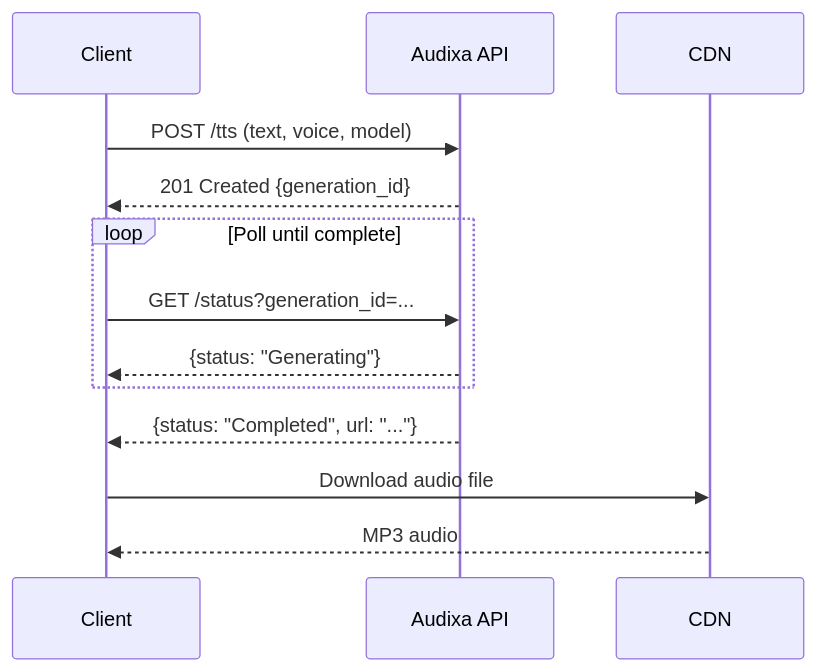
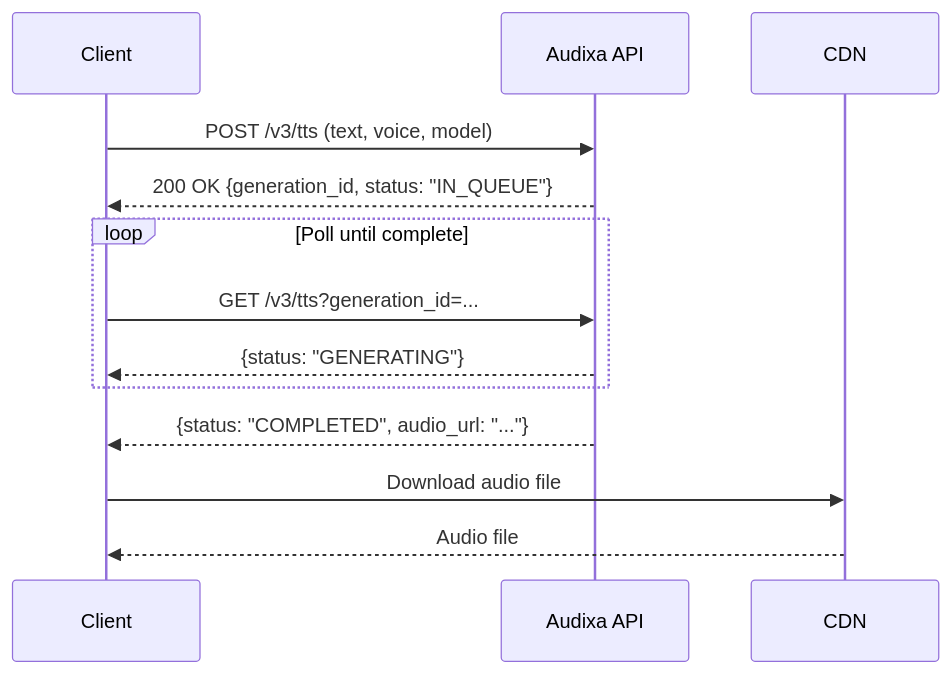
One commit to AudixaAI/Audixa-Docs changed the diagram in api-reference/introduction.mdx. Above: the diagram before and after it, drawn with Mermaid. The commit also changed other lines of this file and 21 other files, not shown here.

````diff
--- a/api-reference/introduction.mdx
+++ b/api-reference/introduction.mdx
@@ -32,18 +45,18 @@
 ```mermaid
 sequenceDiagram
     participant Client
     participant Audixa API
     participant CDN
     
-    Client->>Audixa API: POST /tts (text, voice, model)
-    Audixa API-->>Client: 201 Created {generation_id}
+    Client->>Audixa API: POST /v3/tts (text, voice, model)
+    Audixa API-->>Client: 200 OK {generation_id, status: "IN_QUEUE"}
     
     loop Poll until complete
-        Client->>Audixa API: GET /status?generation_id=...
-        Audixa API-->>Client: {status: "Generating"}
+        Client->>Audixa API: GET /v3/tts?generation_id=...
+        Audixa API-->>Client: {status: "GENERATING"}
     end
     
-    Audixa API-->>Client: {status: "Completed", url: "..."}
+    Audixa API-->>Client: {status: "COMPLETED", audio_url: "..."}
     Client->>CDN: Download audio file
-    CDN-->>Client: MP3 audio
+    CDN-->>Client: Audio file
 ```
````
